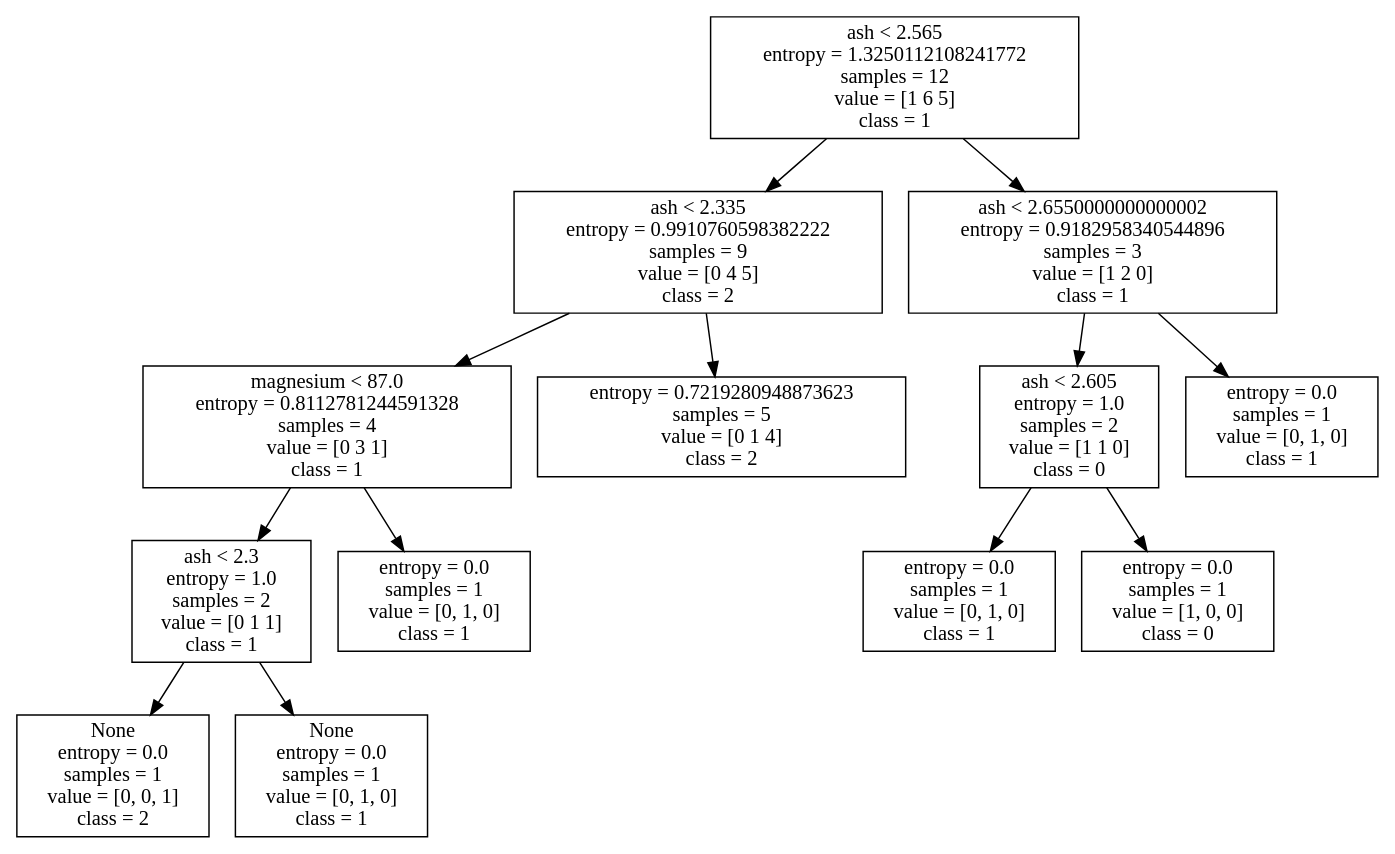
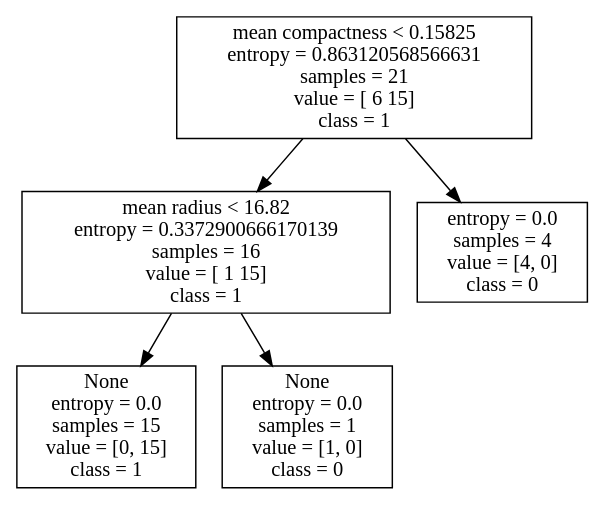
The diagram in result/my log file/_result2.dot (gomljo/DecisionTreeForPaper), drawn with Graphviz before and after one commit. The commit also changed 38 other files, not shown here.

Commit message:
change empty node to None

```diff
--- a/result/my log file/_result2.dot
+++ b/result/my log file/_result2.dot
@@ -1,39 +1,15 @@
 digraph Tree {
-node [shape=box] ;0[label="ash < 2.565\nentropy = 1.3250112108241772\nsamples = 12\nvalue = [1 6 5]\nclass = 1"] ;
-1[label="ash < 2.335\nentropy = 0.9910760598382222\nsamples = 9\nvalue = [0 4 5]\nclass = 2"] ;
+node [shape=box] ;0[label="mean compactness < 0.15825\nentropy = 0.863120568566631\nsamples = 21\nvalue = [ 6 15]\nclass = 1"] ;
+1[label="mean radius < 16.82\nentropy = 0.3372900666170139\nsamples = 16\nvalue = [ 1 15]\nclass = 1"] ;
 0 -> 1 ;
 
-2[label="magnesium < 87.0\nentropy = 0.8112781244591328\nsamples = 4\nvalue = [0 3 1]\nclass = 1"] ;
+2[label="None\nentropy = 0.0\nsamples = 15\nvalue = [0, 15]\nclass = 1"] ;
 1 -> 2 ;
 
-3[label="ash < 2.3\nentropy = 1.0\nsamples = 2\nvalue = [0 1 1]\nclass = 1"] ;
-2 -> 3 ;
+3[label="None\nentropy = 0.0\nsamples = 1\nvalue = [1, 0]\nclass = 0"] ;
+1 -> 3 ;
 
-4[label="None\nentropy = 0.0\nsamples = 1\nvalue = [0, 0, 1]\nclass = 2"] ;
-3 -> 4 ;
-
-5[label="None\nentropy = 0.0\nsamples = 1\nvalue = [0, 1, 0]\nclass = 1"] ;
-3 -> 5 ;
-
-6[label="entropy = 0.0\nsamples = 1\nvalue = [0, 1, 0]\nclass = 1"] ;
-2 -> 6 ;
-
-7[label="entropy = 0.7219280948873623\nsamples = 5\nvalue = [0 1 4]\nclass = 2"] ;
-1 -> 7 ;
-
-8[label="ash < 2.6550000000000002\nentropy = 0.9182958340544896\nsamples = 3\nvalue = [1 2 0]\nclass = 1"] ;
-0 -> 8 ;
-
-9[label="ash < 2.605\nentropy = 1.0\nsamples = 2\nvalue = [1 1 0]\nclass = 0"] ;
-8 -> 9 ;
-
-10[label="entropy = 0.0\nsamples = 1\nvalue = [0, 1, 0]\nclass = 1"] ;
-9 -> 10 ;
-
-11[label="entropy = 0.0\nsamples = 1\nvalue = [1, 0, 0]\nclass = 0"] ;
-9 -> 11 ;
-
-12[label="entropy = 0.0\nsamples = 1\nvalue = [0, 1, 0]\nclass = 1"] ;
-8 -> 12 ;
+4[label="entropy = 0.0\nsamples = 4\nvalue = [4, 0]\nclass = 0"] ;
+0 -> 4 ;
 
 }
```
